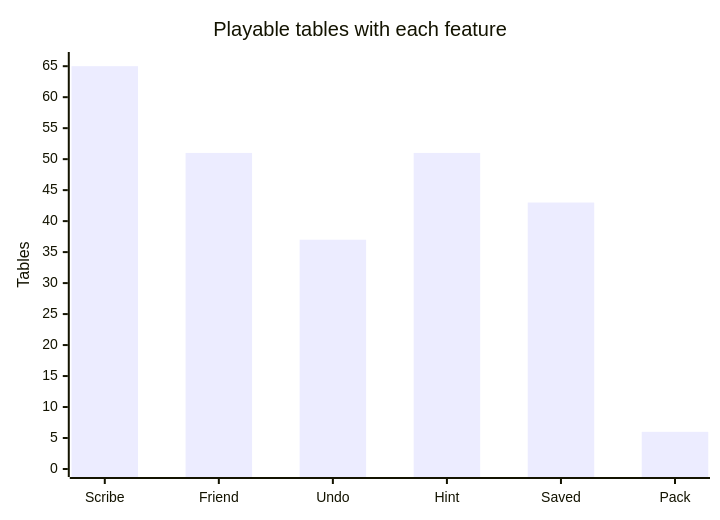
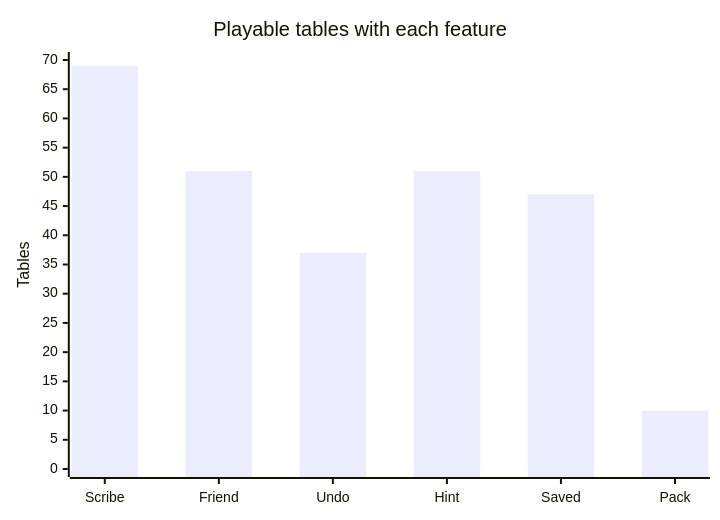
The third of 9 diagrams in docs/games/README.md (CptNope/Librarium-Archives), drawn with Mermaid before and after one commit. The commit also changed other lines of this file and 47 other files, not shown here.

````diff
--- a/docs/games/README.md
+++ b/docs/games/README.md
@@ -207,7 +212,7 @@
 ```mermaid
 xychart-beta
     title "Playable tables with each feature"
     x-axis ["Scribe", "Friend", "Undo", "Hint", "Saved", "Pack"]
-    y-axis "Tables" 0 --> 66
-    bar [65, 51, 37, 51, 43, 6]
+    y-axis "Tables" 0 --> 70
+    bar [69, 51, 37, 51, 47, 10]
 ```
````
